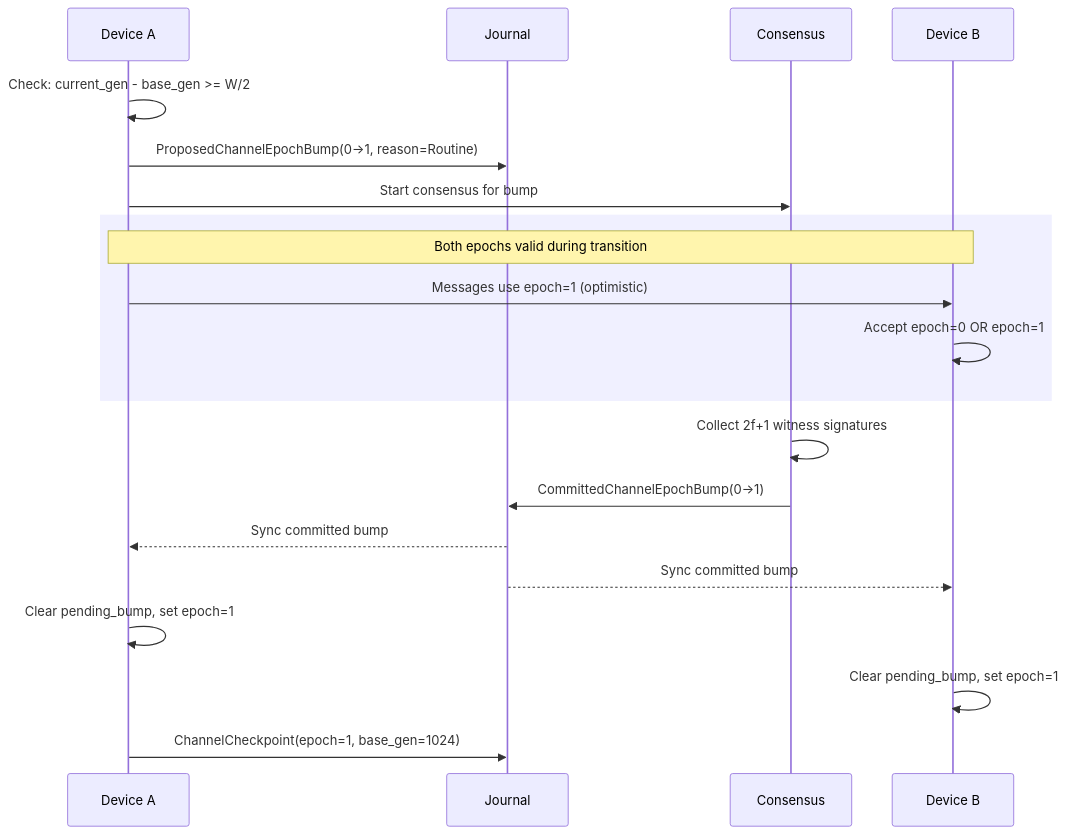
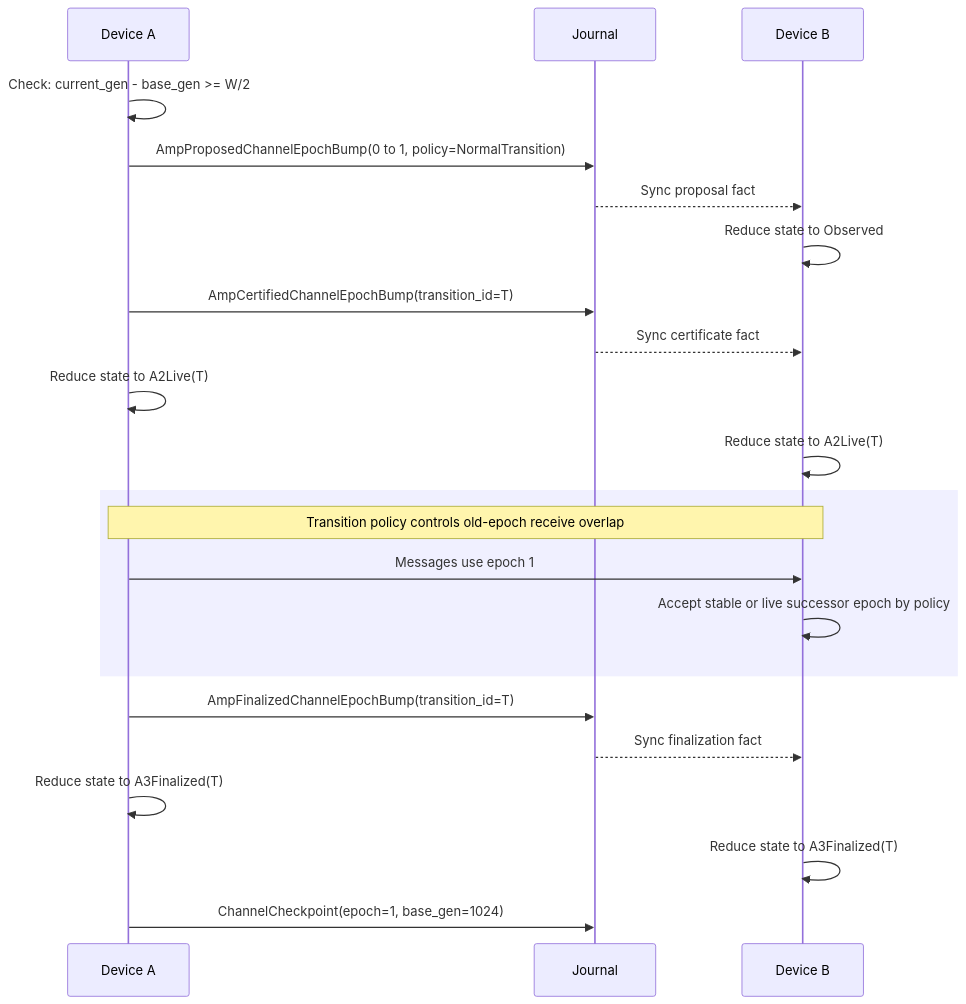
The third of 5 diagrams in docs/112_amp.md (hxrts/aura), drawn with Mermaid before and after one commit. The commit also changed other lines of this file and 13 other files, not shown here.

Commit message:
docs: update amp and adaptive privacy architecture

````diff
--- a/docs/112_amp.md
+++ b/docs/112_amp.md
@@ -281,22 +367,24 @@
 ```mermaid
 sequenceDiagram
     participant A as Device A
     participant J as Journal
-    participant C as Consensus
     participant B as Device B
     A->>A: Check: current_gen - base_gen >= W/2
-    A->>J: ProposedChannelEpochBump(0→1, reason=Routine)
-    A->>C: Start consensus for bump
+    A->>J: AmpProposedChannelEpochBump(0 to 1, policy=NormalTransition)
+    J-->>B: Sync proposal fact
+    B->>B: Reduce state to Observed
+    A->>J: AmpCertifiedChannelEpochBump(transition_id=T)
+    J-->>B: Sync certificate fact
+    A->>A: Reduce state to A2Live(T)
+    B->>B: Reduce state to A2Live(T)
     rect rgb(240, 240, 255)
-        Note over A,B: Both epochs valid during transition
-        A->>B: Messages use epoch=1 (optimistic)
-        B->>B: Accept epoch=0 OR epoch=1
+        Note over A,B: Transition policy controls old-epoch receive overlap
+        A->>B: Messages use epoch 1
+        B->>B: Accept stable or live successor epoch by policy
     end
-    C->>C: Collect 2f+1 witness signatures
-    C->>J: CommittedChannelEpochBump(0→1)
-    J-->>A: Sync committed bump
-    J-->>B: Sync committed bump
-    A->>A: Clear pending_bump, set epoch=1
-    B->>B: Clear pending_bump, set epoch=1
+    A->>J: AmpFinalizedChannelEpochBump(transition_id=T)
+    J-->>B: Sync finalization fact
+    A->>A: Reduce state to A3Finalized(T)
+    B->>B: Reduce state to A3Finalized(T)
     A->>J: ChannelCheckpoint(epoch=1, base_gen=1024)
 ```
````
